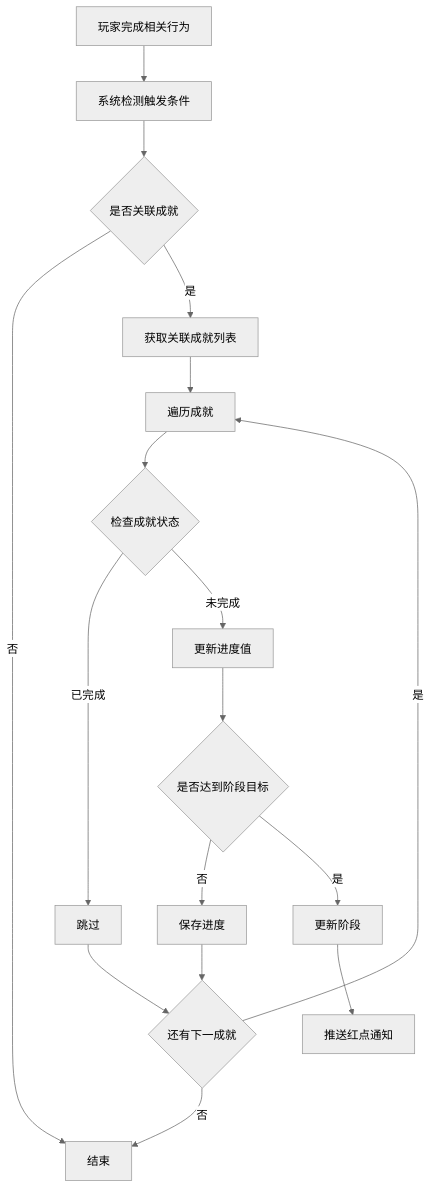
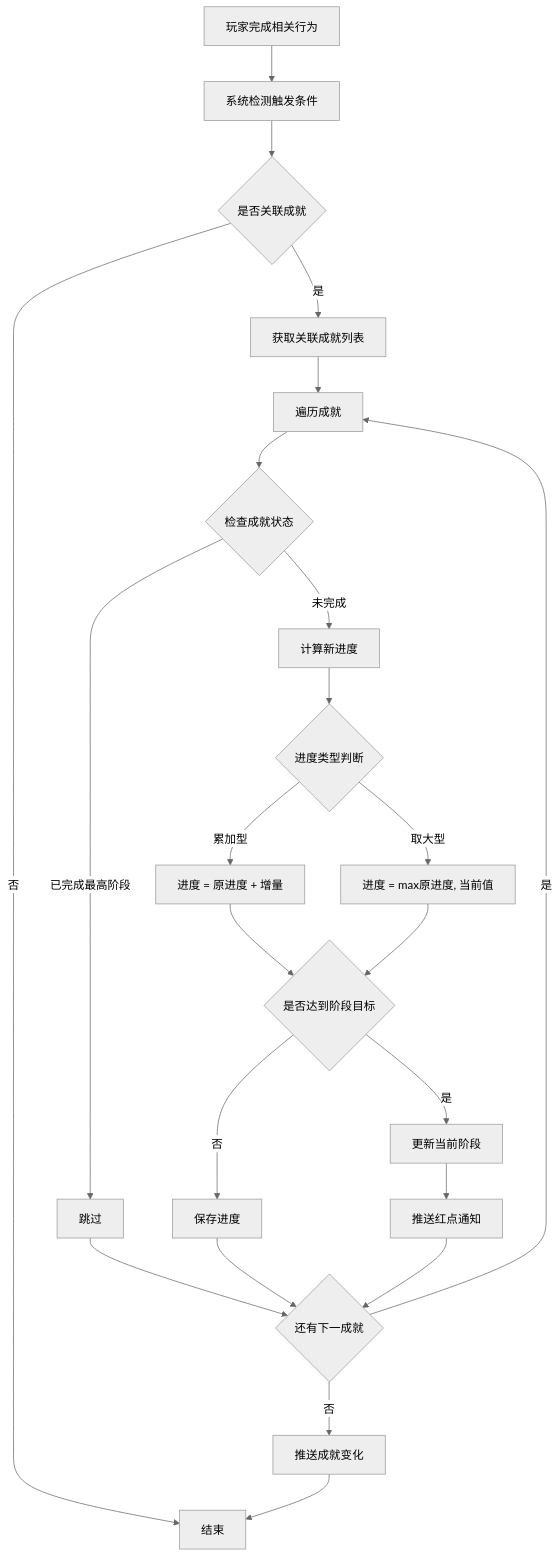
Before and after one commit to Alan-Ben/k2c_game_framework: the third of 7 diagrams in docs/Module_Achieve/05_完整说明.md, drawn with Mermaid (neutral theme). The commit also changed other lines of this file and 32 other files, not shown here.

````diff
--- a/docs/Module_Achieve/05_完整说明.md
+++ b/docs/Module_Achieve/05_完整说明.md
@@ -59,19 +140,25 @@
 ```mermaid
 flowchart TD
     A[玩家完成相关行为] --> B[系统检测触发条件]
     B --> C{是否关联成就}
     C -->|否| D[结束]
     C -->|是| E[获取关联成就列表]
     E --> F[遍历成就]
     F --> G{检查成就状态}
-    G -->|已完成| H[跳过]
-    G -->|未完成| I[更新进度值]
-    I --> J{是否达到阶段目标}
-    J -->|否| K[保存进度]
-    J -->|是| L[更新阶段]
-    L --> M[推送红点通知]
-    K --> N{还有下一成就}
-    H --> N
-    N -->|是| F
-    N -->|否| D
+    G -->|已完成最高阶段| H[跳过]
+    G -->|未完成| I[计算新进度]
+    I --> J{进度类型判断}
+    J -->|累加型| K[进度 = 原进度 + 增量]
+    J -->|取大型| L[进度 = max原进度, 当前值]
+    K --> M{是否达到阶段目标}
+    L --> M
+    M -->|否| N[保存进度]
+    M -->|是| O[更新当前阶段]
+    O --> P[推送红点通知]
+    N --> Q{还有下一成就}
+    H --> Q
+    P --> Q
+    Q -->|是| F
+    Q -->|否| R[推送成就变化]
+    R --> D
 ```
````
